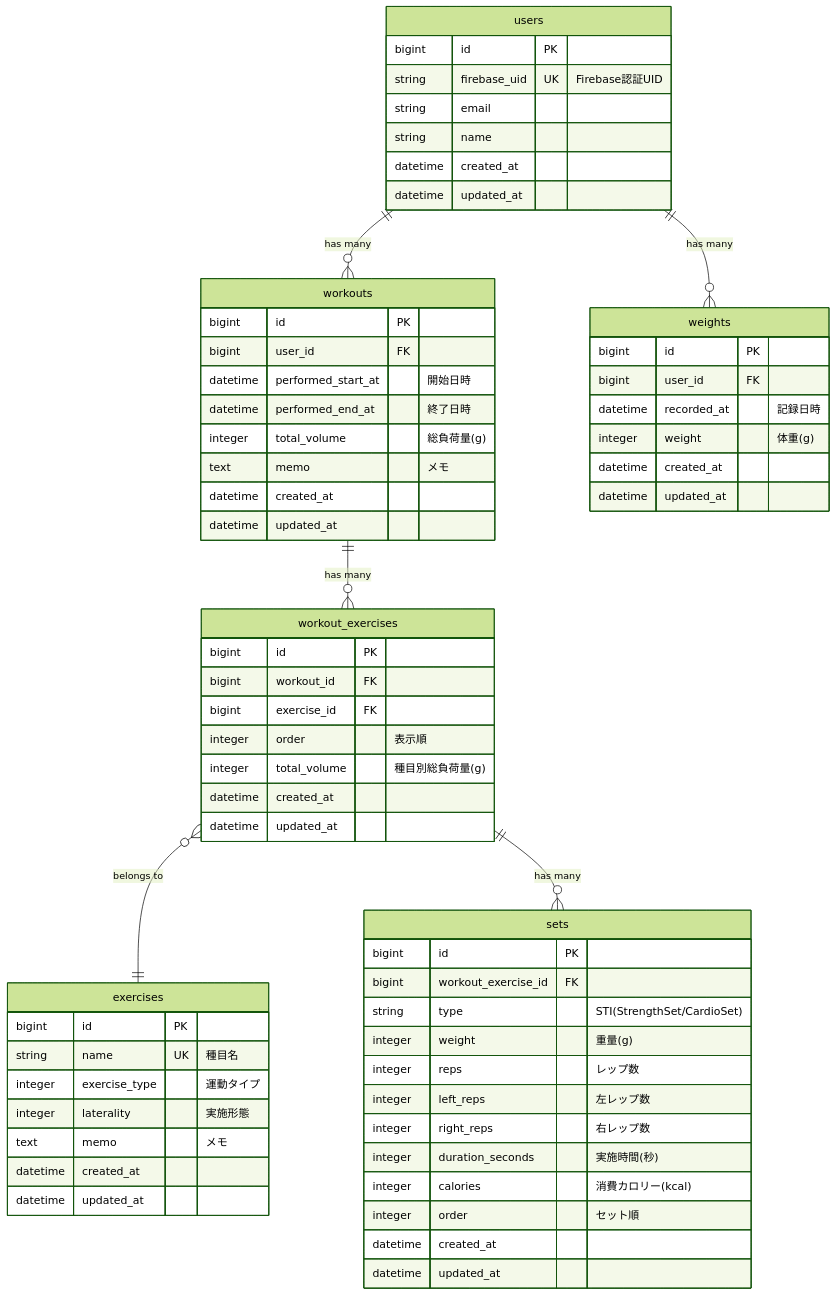
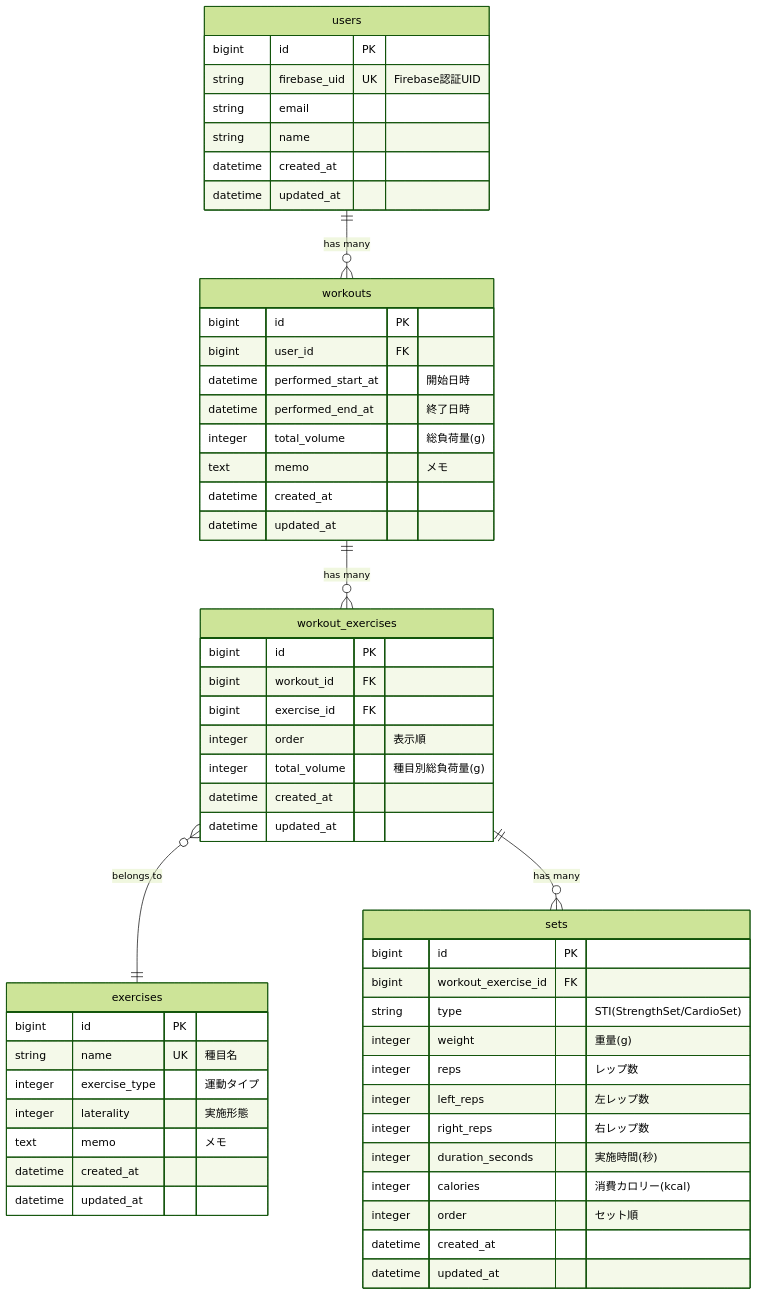
One commit to ANTON072/gym-note-api changed the diagram in docs/データベース設計.md. Above: the diagram before and after it, drawn with Mermaid (forest theme). The commit also changed other lines of this file and 2 other files, not shown here.

````diff
--- a/docs/データベース設計.md
+++ b/docs/データベース設計.md
@@ -5,72 +5,62 @@
 ```mermaid
 erDiagram
     users ||--o{ workouts : "has many"
-    users ||--o{ weights : "has many"
     workouts ||--o{ workout_exercises : "has many"
     workout_exercises }o--|| exercises : "belongs to"
     workout_exercises ||--o{ sets : "has many"
 
     users {
         bigint id PK
         string firebase_uid UK "Firebase認証UID"
         string email
         string name
         datetime created_at
         datetime updated_at
     }
 
     exercises {
         bigint id PK
         string name UK "種目名"
         integer exercise_type "運動タイプ"
         integer laterality "実施形態"
         text memo "メモ"
         datetime created_at
         datetime updated_at
     }
 
     workouts {
         bigint id PK
         bigint user_id FK
         datetime performed_start_at "開始日時"
         datetime performed_end_at "終了日時"
         integer total_volume "総負荷量(g)"
         text memo "メモ"
         datetime created_at
         datetime updated_at
     }
 
     workout_exercises {
         bigint id PK
         bigint workout_id FK
         bigint exercise_id FK
         integer order "表示順"
         integer total_volume "種目別総負荷量(g)"
         datetime created_at
         datetime updated_at
     }
 
     sets {
         bigint id PK
         bigint workout_exercise_id FK
         string type "STI(StrengthSet/CardioSet)"
         integer weight "重量(g)"
         integer reps "レップ数"
         integer left_reps "左レップ数"
         integer right_reps "右レップ数"
         integer duration_seconds "実施時間(秒)"
         integer calories "消費カロリー(kcal)"
         integer order "セット順"
         datetime created_at
         datetime updated_at
     }
-
-    weights {
-        bigint id PK
-        bigint user_id FK
-        datetime recorded_at "記録日時"
-        integer weight "体重(g)"
-        datetime created_at
-        datetime updated_at
-    }
 ```
````
